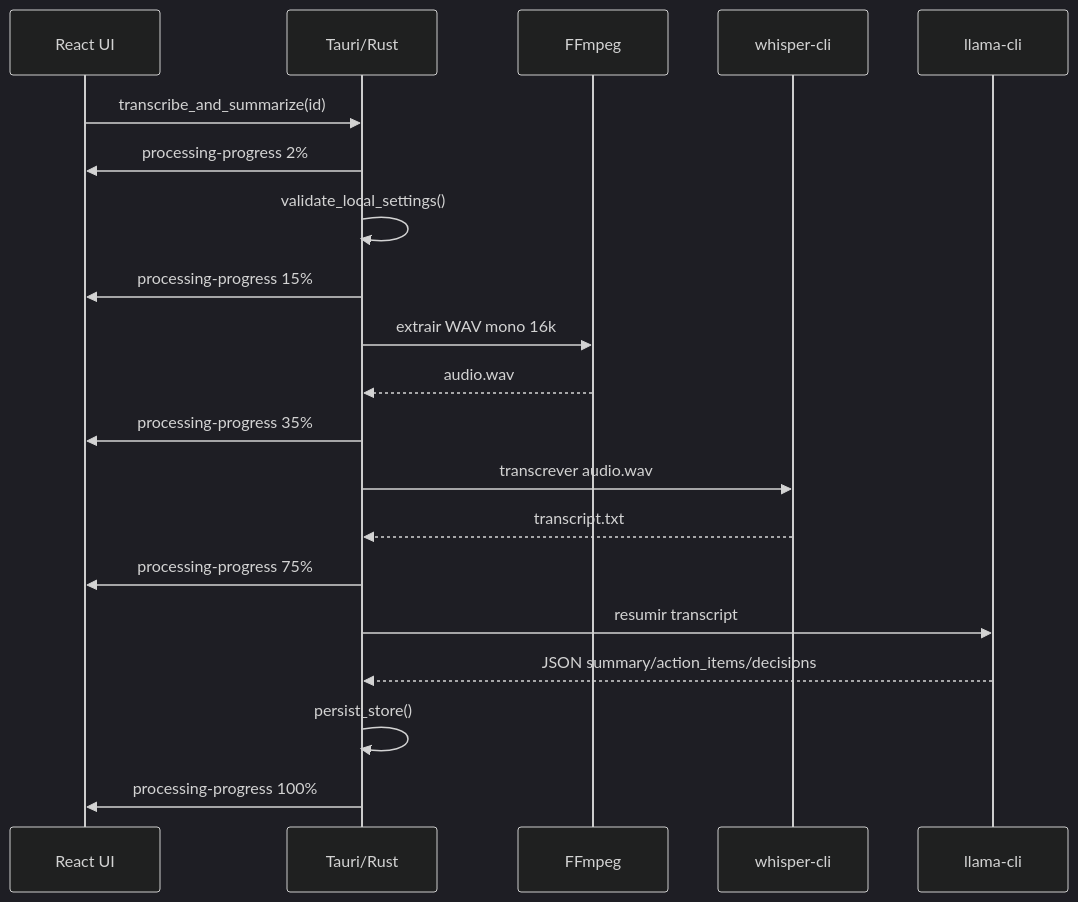
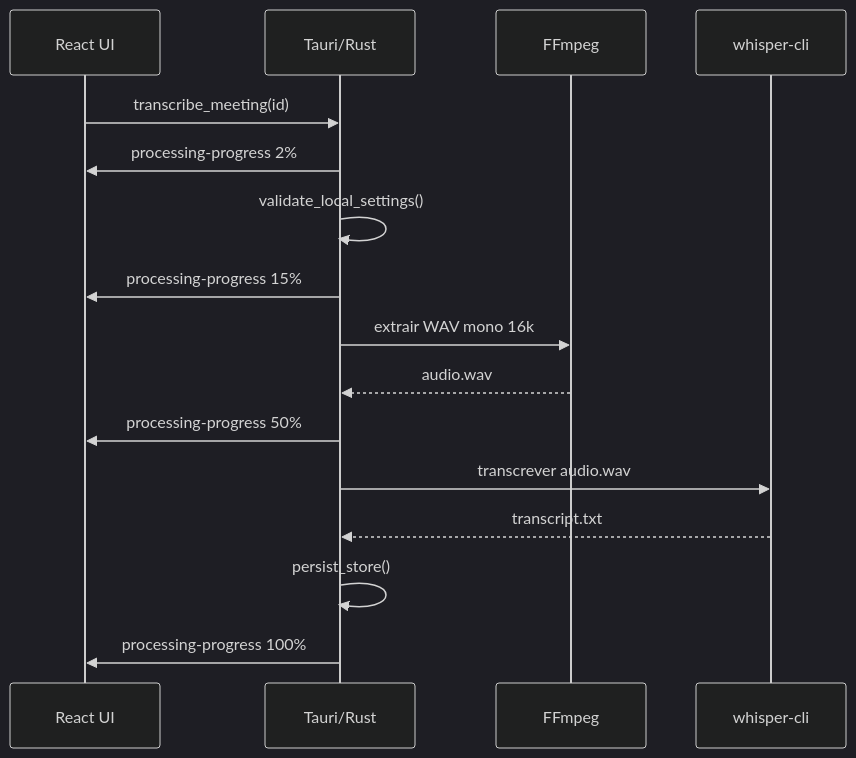
The second of 2 diagrams in docs/architecture.md (juliomarquesjr/meeting-vault-tauri), drawn with Mermaid (dark theme) before and after one commit. The commit also changed other lines of this file and 14 other files, not shown here.

````diff
--- a/docs/architecture.md
+++ b/docs/architecture.md
@@ -76,23 +75,19 @@
 ```mermaid
 sequenceDiagram
   participant UI as React UI
   participant Rust as Tauri/Rust
   participant FFmpeg as FFmpeg
   participant Whisper as whisper-cli
-  participant Llama as llama-cli
 
-  UI->>Rust: transcribe_and_summarize(id)
+  UI->>Rust: transcribe_meeting(id)
   Rust->>UI: processing-progress 2%
   Rust->>Rust: validate_local_settings()
   Rust->>UI: processing-progress 15%
   Rust->>FFmpeg: extrair WAV mono 16k
   FFmpeg-->>Rust: audio.wav
-  Rust->>UI: processing-progress 35%
+  Rust->>UI: processing-progress 50%
   Rust->>Whisper: transcrever audio.wav
   Whisper-->>Rust: transcript.txt
-  Rust->>UI: processing-progress 75%
-  Rust->>Llama: resumir transcript
-  Llama-->>Rust: JSON summary/action_items/decisions
   Rust->>Rust: persist_store()
   Rust->>UI: processing-progress 100%
 ```
````
